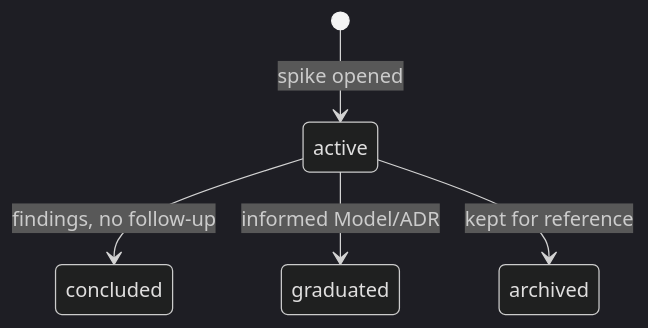
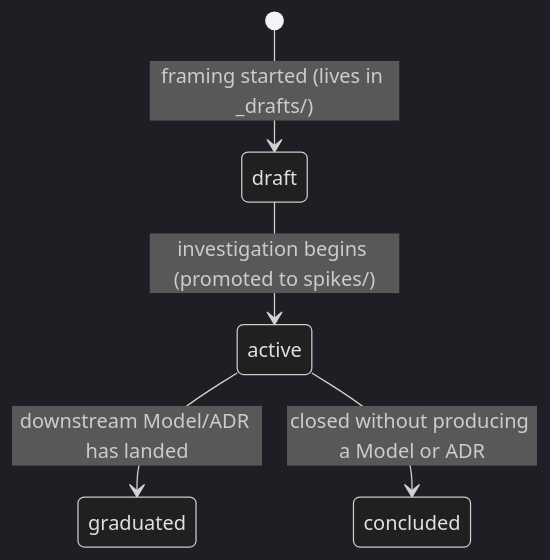
Before and after one commit to MgCohen/Card-Framework: the second of 2 diagrams in Product/_workflow/PRODUCT-BUILDER.md, drawn with Mermaid (dark theme). The commit also changed other lines of this file and 6 other files, not shown here.

````diff
--- a/Product/_workflow/PRODUCT-BUILDER.md
+++ b/Product/_workflow/PRODUCT-BUILDER.md
@@ -279,7 +294,7 @@
 ```mermaid
 stateDiagram-v2
-    [*] --> active : spike opened
-    active --> concluded : findings, no follow-up
-    active --> graduated : informed Model/ADR
-    active --> archived : kept for reference
+    [*] --> draft : framing started (lives in _drafts/)
+    draft --> active : investigation begins (promoted to spikes/)
+    active --> graduated : downstream Model/ADR has landed
+    active --> concluded : closed without producing a Model or ADR
 ```
````
